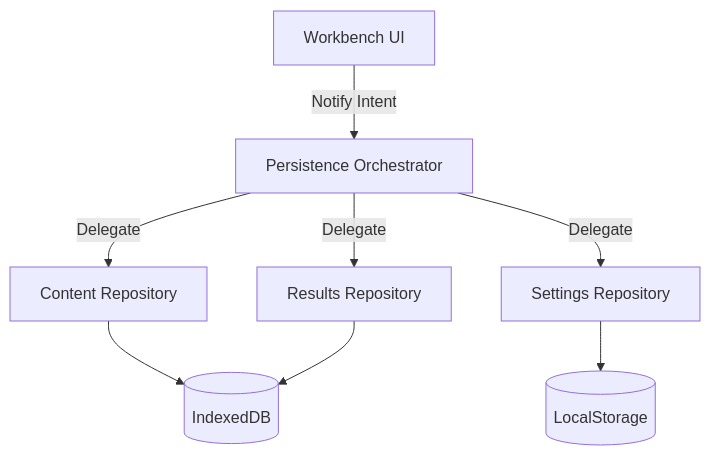
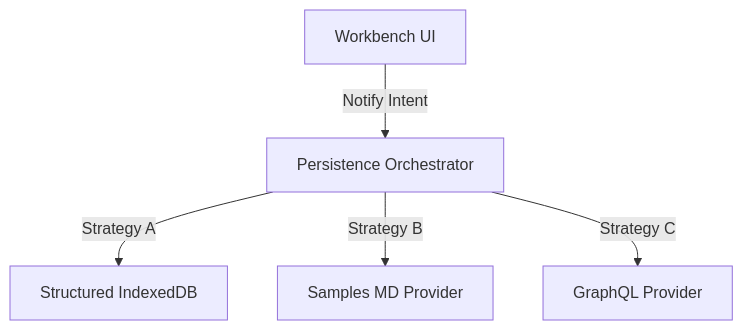
One commit to SergeiGolos/wod-wiki changed the diagram in docs/architecture/PERSISTENCE_STRATEGY.md. Above: the diagram before and after it, drawn with Mermaid. The commit also changed other lines of this file and 141 other files, not shown here.

````diff
--- a/docs/architecture/PERSISTENCE_STRATEGY.md
+++ b/docs/architecture/PERSISTENCE_STRATEGY.md
@@ -18,11 +18,7 @@
 ```mermaid
 graph TD
     UI[Workbench UI] --> |Notify Intent| Orchestrator[Persistence Orchestrator]
-    Orchestrator --> |Delegate| RepoA[Content Repository]
-    Orchestrator --> |Delegate| RepoB[Results Repository]
-    Orchestrator --> |Delegate| RepoC[Settings Repository]
-    
-    RepoA --> DB[(IndexedDB)]
-    RepoB --> DB
-    RepoC --> LS[(LocalStorage)]
+    Orchestrator --> |Strategy A| IDB[Structured IndexedDB]
+    Orchestrator --> |Strategy B| Samples[Samples MD Provider]
+    Orchestrator --> |Strategy C| GQL[GraphQL Provider]
 ```
````
